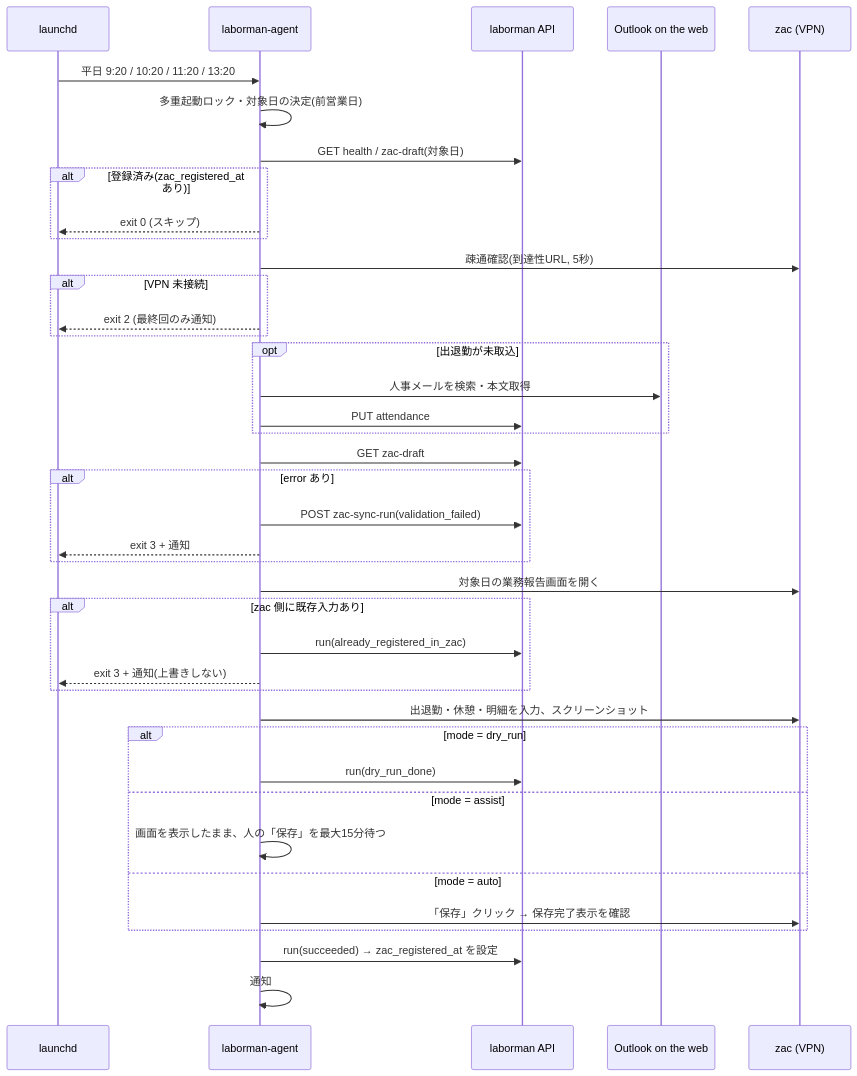
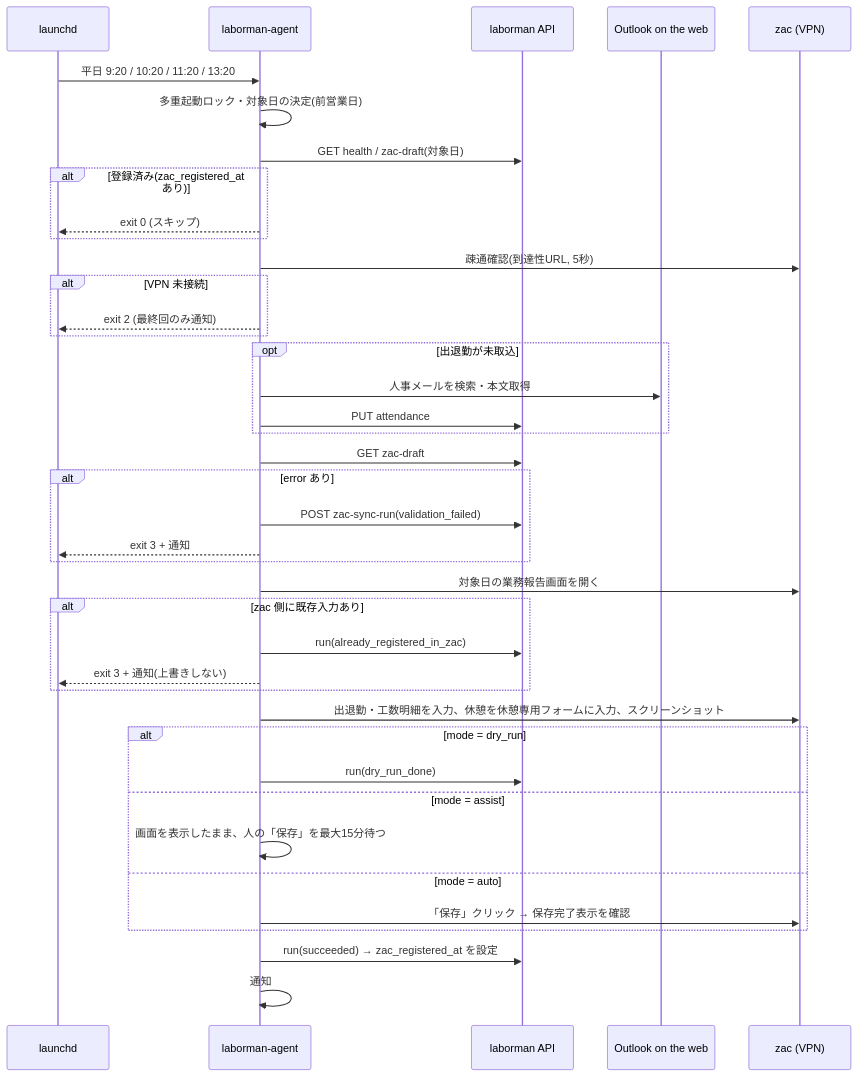
One commit to sudabon/laborman changed the second of 3 diagrams in docs/ZAC_AUTOMATION_SPEC.md. Above: the diagram before and after it, drawn with Mermaid. The commit also changed other lines of this file and 162 other files, not shown here.

````diff
--- a/docs/ZAC_AUTOMATION_SPEC.md
+++ b/docs/ZAC_AUTOMATION_SPEC.md
@@ -230,42 +253,42 @@
 ```mermaid
 sequenceDiagram
     participant L as launchd
     participant A as laborman-agent
     participant API as laborman API
     participant O as Outlook on the web
     participant Z as zac (VPN)
     L->>A: 平日 9:20 / 10:20 / 11:20 / 13:20
     A->>A: 多重起動ロック・対象日の決定(前営業日)
     A->>API: GET health / zac-draft(対象日)
     alt 登録済み(zac_registered_at あり)
         A-->>L: exit 0 (スキップ)
     end
     A->>Z: 疎通確認(到達性URL, 5秒)
     alt VPN 未接続
         A-->>L: exit 2 (最終回のみ通知)
     end
     opt 出退勤が未取込
         A->>O: 人事メールを検索・本文取得
         A->>API: PUT attendance
     end
     A->>API: GET zac-draft
     alt error あり
         A->>API: POST zac-sync-run(validation_failed)
         A-->>L: exit 3 + 通知
     end
     A->>Z: 対象日の業務報告画面を開く
     alt zac 側に既存入力あり
         A->>API: run(already_registered_in_zac)
         A-->>L: exit 3 + 通知(上書きしない)
     end
-    A->>Z: 出退勤・休憩・明細を入力、スクリーンショット
+    A->>Z: 出退勤・工数明細を入力、休憩を休憩専用フォームに入力、スクリーンショット
     alt mode = dry_run
         A->>API: run(dry_run_done)
     else mode = assist
         A->>A: 画面を表示したまま、人の「保存」を最大15分待つ
     else mode = auto
         A->>Z: 「保存」クリック → 保存完了表示を確認
     end
     A->>API: run(succeeded) → zac_registered_at を設定
     A->>A: 通知
 ```
````
